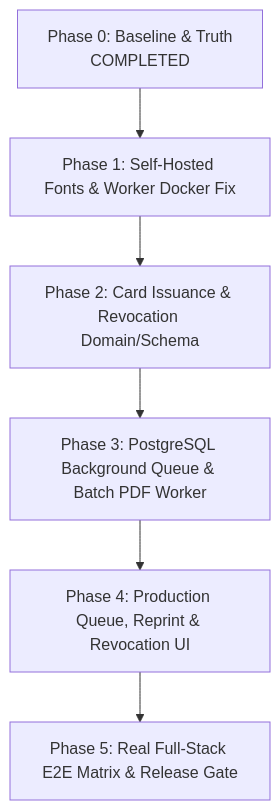
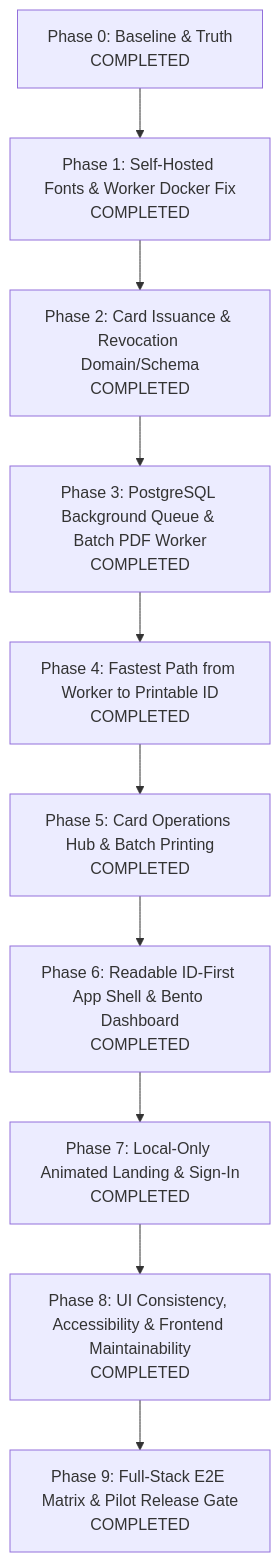
Before and after one commit to AsifShawon/hr-platform: the diagram in docs/status.md, drawn with Mermaid. The commit also changed other lines of this file and 127 other files, not shown here.

````diff
--- a/docs/status.md
+++ b/docs/status.md
@@ -15,8 +11,12 @@
 ```mermaid
 graph TD
-    Phase0[Phase 0: Baseline & Truth<br/>COMPLETED] --> Phase1[Phase 1: Self-Hosted Fonts & Worker Docker Fix]
-    Phase1 --> Phase2[Phase 2: Card Issuance & Revocation Domain/Schema]
-    Phase2 --> Phase3[Phase 3: PostgreSQL Background Queue & Batch PDF Worker]
-    Phase3 --> Phase4[Phase 4: Production Queue, Reprint & Revocation UI]
-    Phase4 --> Phase5[Phase 5: Real Full-Stack E2E Matrix & Release Gate]
+    Phase0[Phase 0: Baseline & Truth<br/>COMPLETED] --> Phase1[Phase 1: Self-Hosted Fonts & Worker Docker Fix<br/>COMPLETED]
+    Phase1 --> Phase2[Phase 2: Card Issuance & Revocation Domain/Schema<br/>COMPLETED]
+    Phase2 --> Phase3[Phase 3: PostgreSQL Background Queue & Batch PDF Worker<br/>COMPLETED]
+    Phase3 --> Phase4[Phase 4: Fastest Path from Worker to Printable ID<br/>COMPLETED]
+    Phase4 --> Phase5[Phase 5: Card Operations Hub & Batch Printing<br/>COMPLETED]
+    Phase5 --> Phase6[Phase 6: Readable ID-First App Shell & Bento Dashboard<br/>COMPLETED]
+    Phase6 --> Phase7[Phase 7: Local-Only Animated Landing & Sign-In<br/>COMPLETED]
+    Phase7 --> Phase8[Phase 8: UI Consistency, Accessibility & Frontend Maintainability<br/>COMPLETED]
+    Phase8 --> Phase9[Phase 9: Full-Stack E2E Matrix & Pilot Release Gate<br/>COMPLETED]
 ```
````
